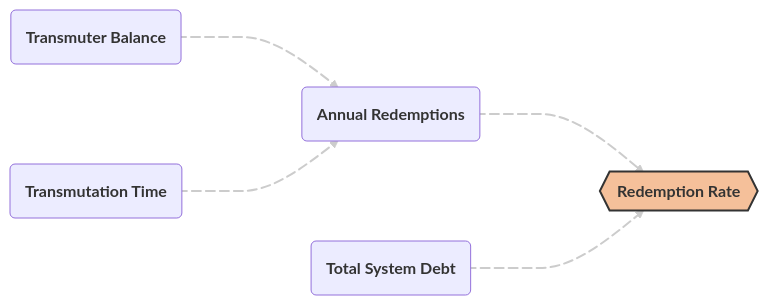
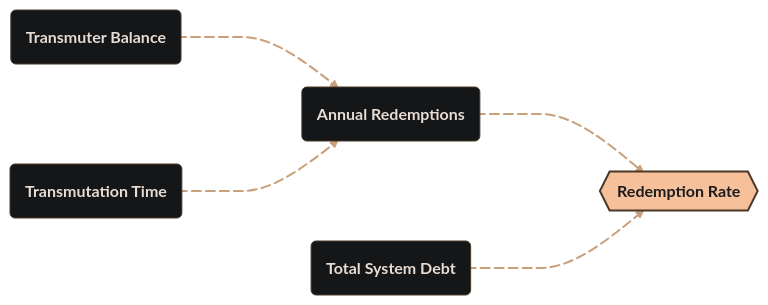
The first of 2 diagrams in docs/user/concepts/redemption-rate.md (alchemix-finance/alchemix-v3-docs), drawn with Mermaid before and after one commit. The commit also changed other lines of this file and 73 other files, not shown here.

Commit message:
Large design and flow pass, including nav, headers, sidebar, formulas, image frames, minor grammar changes, formatting, and more

````diff
--- a/docs/user/concepts/redemption-rate.md
+++ b/docs/user/concepts/redemption-rate.md
@@ -30,34 +30,43 @@
 ```mermaid
 %%{init: {
-  'themeVariables': { 'fontFamily': 'Montserrat', 'edgeLabelBackground':'#1b1b1d',     'tertiaryColor': '#1b1b1d' },
+  'theme': 'base',
+  'themeVariables': {
+    'fontFamily': 'Montserrat',
+    'primaryColor': '#141618',
+    'primaryBorderColor': '#4a3828',
+    'primaryTextColor': '#e8ddd4',
+    'lineColor': '#c8a07a',
+    'edgeLabelBackground': '#0d0e10',
+    'tertiaryColor': '#141618'
+  },
   'flowchart': {
-      'curve': 'monotoneX',
-      'nodeSpacing': 100,
-      'rankSpacing': 120
+    'curve': 'monotoneX',
+    'nodeSpacing': 100,
+    'rankSpacing': 120
   }
 }}%%
 flowchart LR
     %% Font Weights
     classDef default font-weight:bold;
 
     %% Inputs
     A(Transmuter Balance)
     B(Transmutation Time)
     C(Total System Debt)
     D(Annual Redemptions)
     E{{Redemption Rate}}
 
     %% Connections
     A e1@--> D
     B e2@--> D
     D e3@--> E
     C e4@--> E
 
     %% Styling
-    style E fill:#f5c09a,stroke:#333,stroke-width:2px,color:#333
-    linkStyle 0,1,2,3 stroke:#ccc,stroke-width:2px,color:#ccc
+    style E fill:#f5c09a,stroke:#4a3828,stroke-width:2px,color:#1b1b1d
+    linkStyle 0,1,2,3 stroke:#c8a07a,stroke-width:2px
     e1@{ animation: slow }
     e2@{ animation: slow }
     e3@{ animation: fast }
     e4@{ animation: slow }
 ```
````
